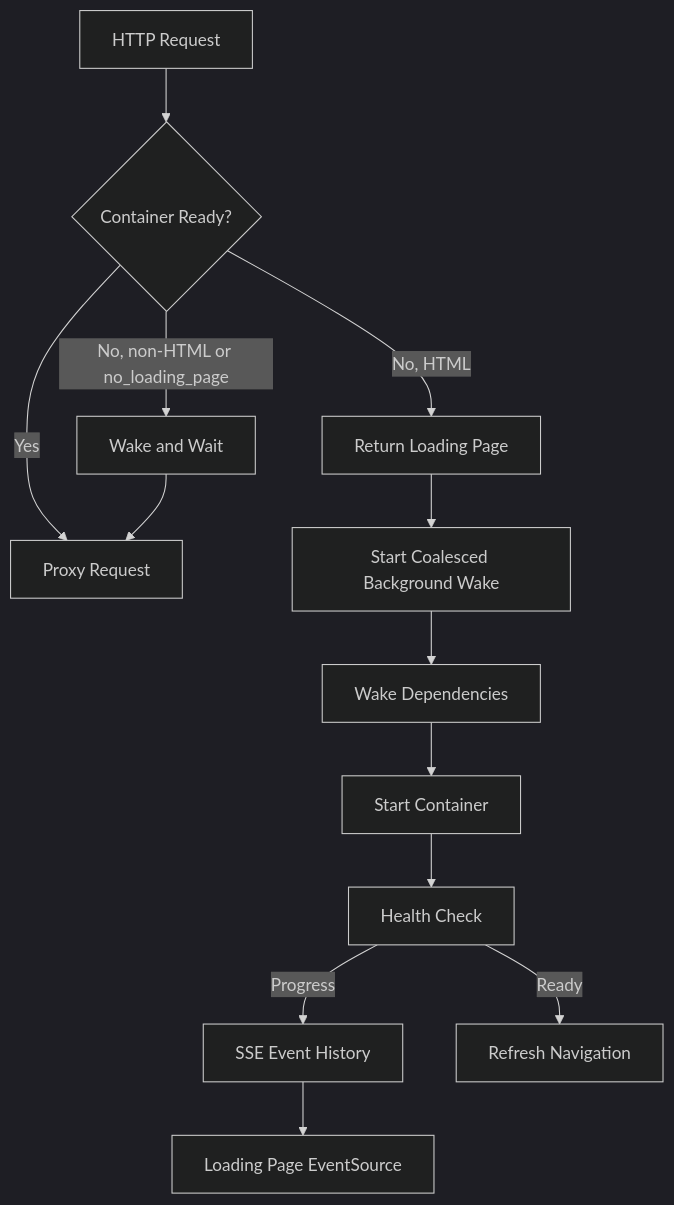
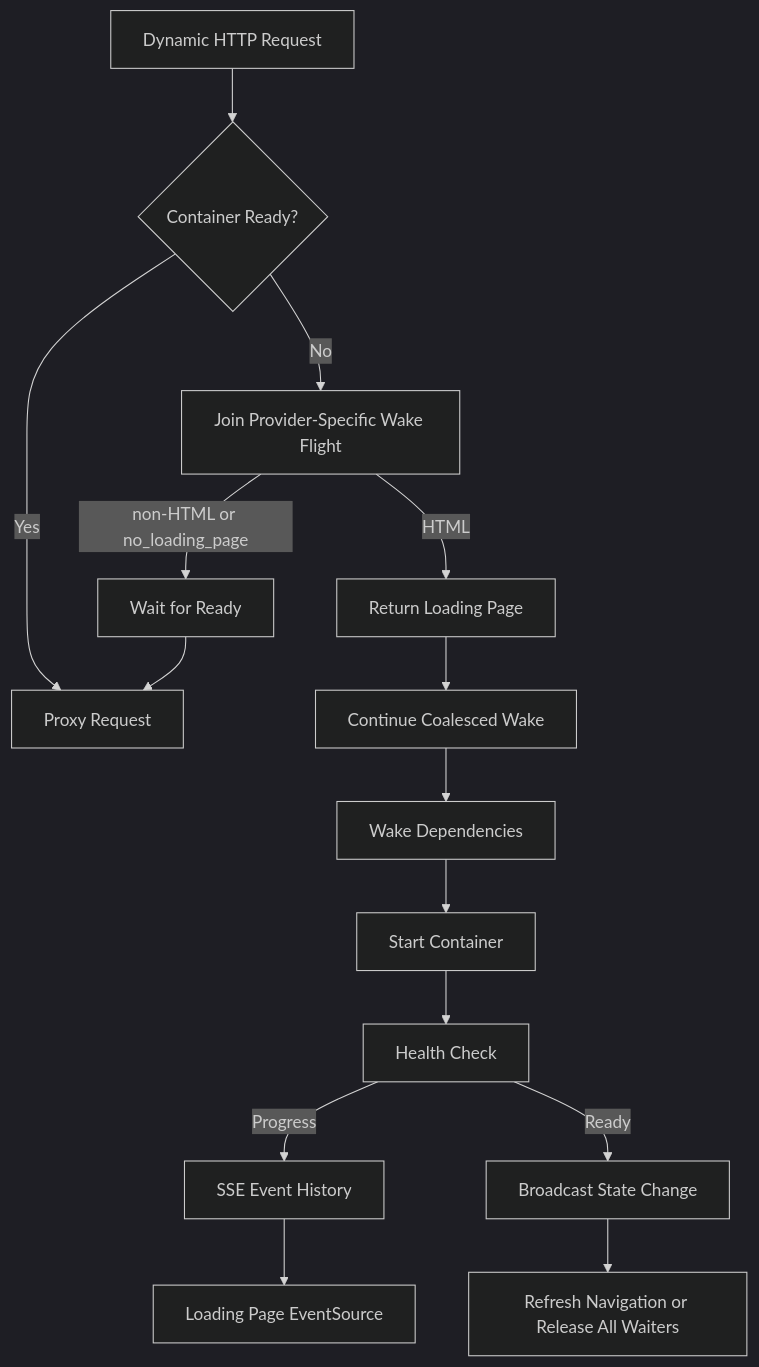
Before and after one commit to yusing/godoxy-wiki: the second of 3 diagrams in content/docs/impl/internal-idlewatcher.mdx, drawn with Mermaid (dark theme). The commit also changed other lines of this file and 1 other file, not shown here.

Commit message:
docs(godoxy): update idle watcher and Proxmox API docs
Document idle watcher state-change broadcasts, event history, dependency
caching, and provider-specific wake coalescing. Extend the API schema
with Proxmox container configuration and VM ID definitions.

````diff
--- a/content/docs/impl/internal-idlewatcher.mdx
+++ b/content/docs/impl/internal-idlewatcher.mdx
@@ -138,15 +145,17 @@
 ```mermaid
 flowchart TD
-    A[HTTP Request] --> B{Container Ready?}
-    B -->|Yes| C[Proxy Request]
-    B -->|No, HTML| D[Return Loading Page]
-    D --> E[Start Coalesced Background Wake]
-    E --> F[Wake Dependencies]
-    F --> G[Start Container]
-    G --> H[Health Check]
-    H -->|Progress| I[SSE Event History]
-    I --> J[Loading Page EventSource]
-    H -->|Ready| K[Refresh Navigation]
-    B -->|No, non-HTML or no_loading_page| L[Wake and Wait]
-    L --> C
+    A[Dynamic HTTP Request] --> B{Container Ready?}
+    B -->|Yes| D[Proxy Request]
+    B -->|No| C[Join Provider-Specific Wake Flight]
+    C -->|HTML| E[Return Loading Page]
+    E --> F[Continue Coalesced Wake]
+    F --> G[Wake Dependencies]
+    G --> H[Start Container]
+    H --> I[Health Check]
+    I -->|Progress| J[SSE Event History]
+    J --> K[Loading Page EventSource]
+    I -->|Ready| L[Broadcast State Change]
+    L --> M[Refresh Navigation or Release All Waiters]
+    C -->|non-HTML or no_loading_page| N[Wait for Ready]
+    N --> D
 ```
````
